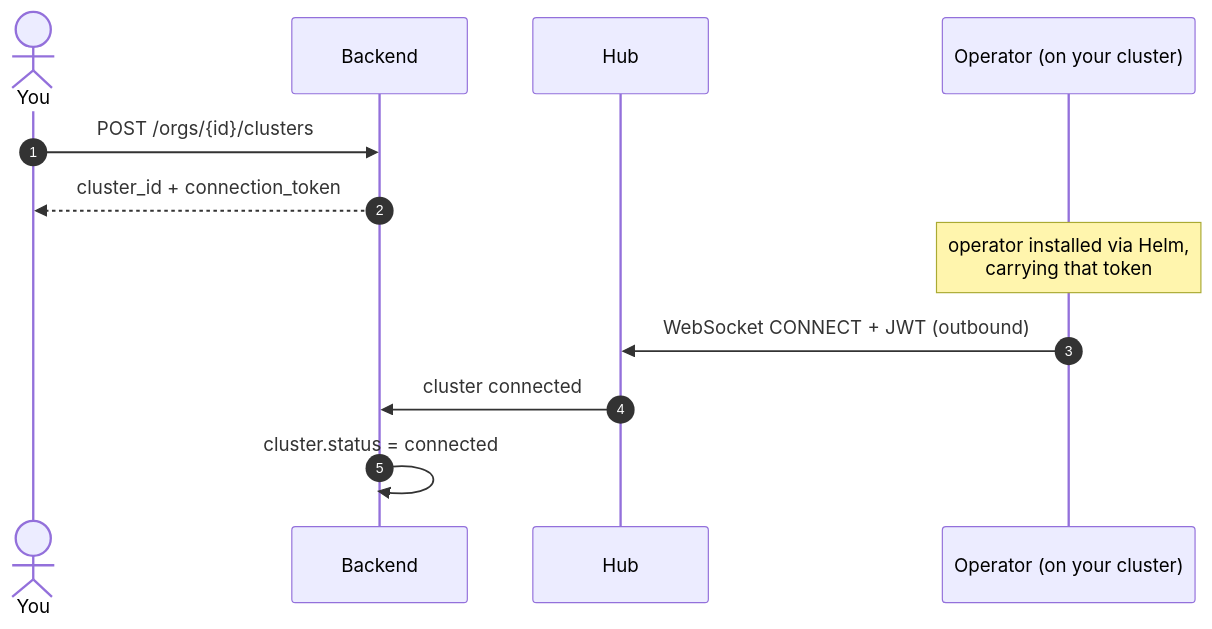
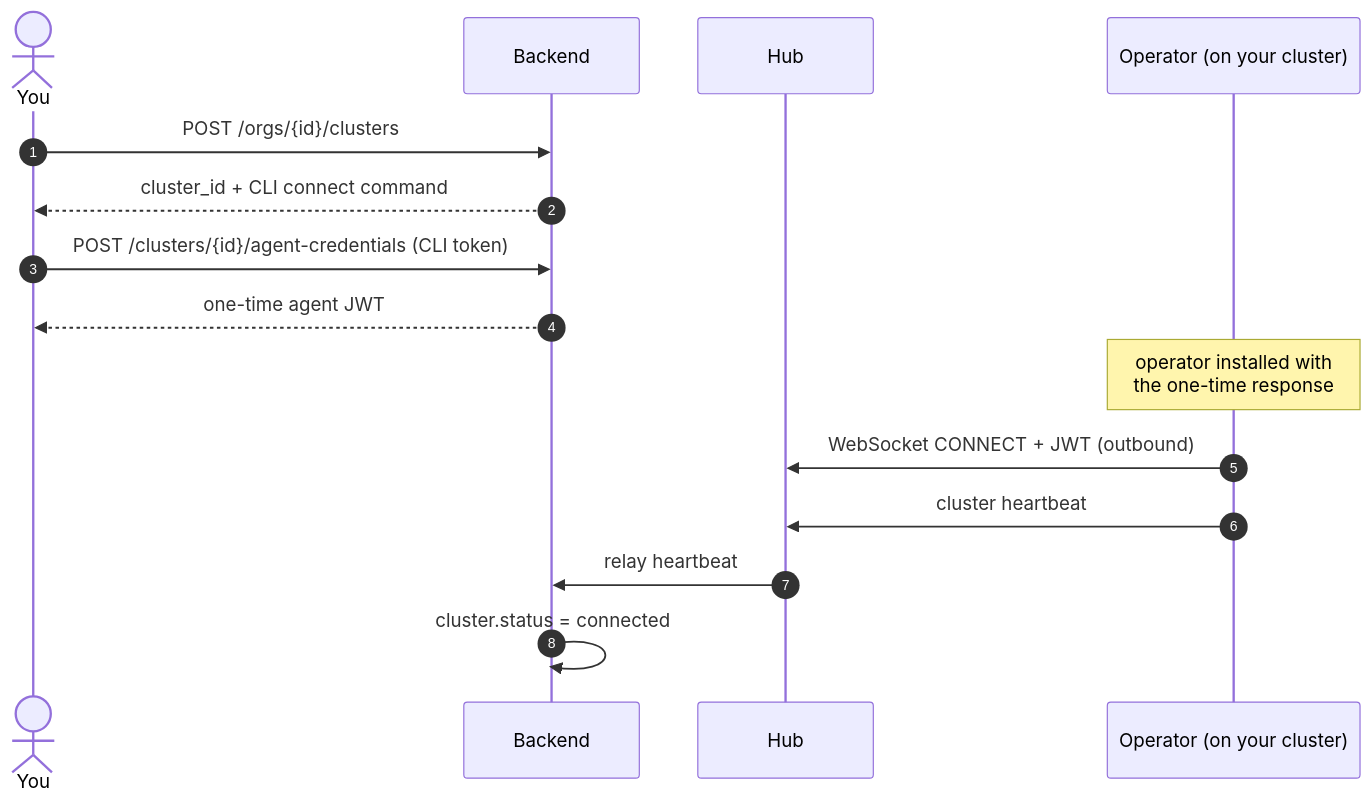
One commit to kubenesthq/docs changed the first of 2 diagrams in content/concepts/clusters.mdx. Above: the diagram before and after it, drawn with Mermaid. The commit also changed other lines of this file and 17 other files, not shown here.

````diff
--- a/content/concepts/clusters.mdx
+++ b/content/concepts/clusters.mdx
@@ -16,15 +16,18 @@
 ```mermaid
 sequenceDiagram
     autonumber
     actor You
     participant BE as Backend
     participant Hub as Hub
     participant Op as Operator (on your cluster)
 
     You->>BE: POST /orgs/{id}/clusters
-    BE-->>You: cluster_id + connection_token
-    Note over Op: operator installed via Helm,<br/>carrying that token
+    BE-->>You: cluster_id + CLI connect command
+    You->>BE: POST /clusters/{id}/agent-credentials (CLI token)
+    BE-->>You: one-time agent JWT
+    Note over Op: operator installed with<br/>the one-time response
     Op->>Hub: WebSocket CONNECT + JWT (outbound)
-    Hub->>BE: cluster connected
+    Op->>Hub: cluster heartbeat
+    Hub->>BE: relay heartbeat
     BE->>BE: cluster.status = connected
 ```
````
